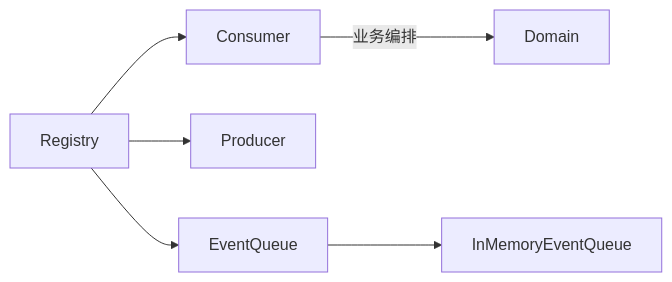
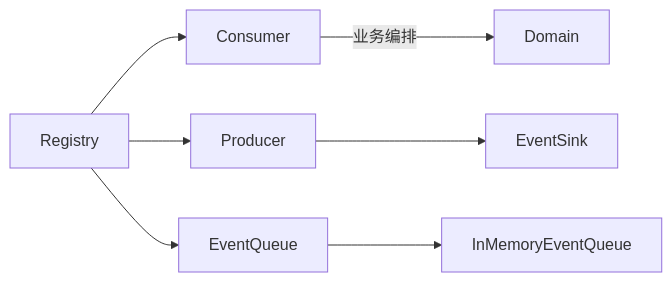
The eighth of 8 diagrams in docs/wiki/zh/content/核心模块/AOP 事件系统/事件队列系统/事件调度器.md (runningcoders/ai_orz), drawn with Mermaid before and after one commit. The commit also changed other lines of this file and 37 other files, not shown here.

````diff
--- a/docs/wiki/zh/content/核心模块/AOP 事件系统/事件队列系统/事件调度器.md
+++ b/docs/wiki/zh/content/核心模块/AOP 事件系统/事件队列系统/事件调度器.md
@@ -298,8 +313,9 @@
 ```mermaid
 graph LR
 Reg["Registry"] --> Cons["Consumer"]
 Reg --> Prod["Producer"]
 Reg --> QIface["EventQueue"]
 QIface --> QMem["InMemoryEventQueue"]
 Cons --> |业务编排| Dom["Domain"]
+Prod --> ES["EventSink"]
 ```
````
